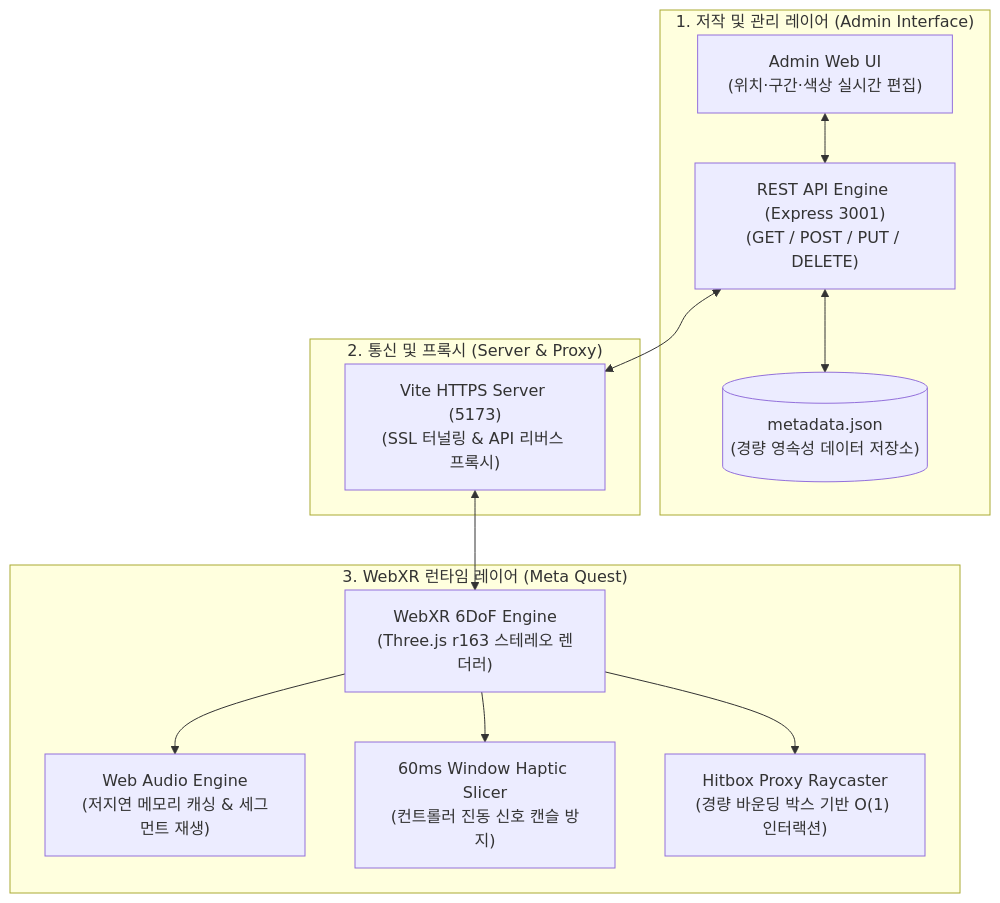
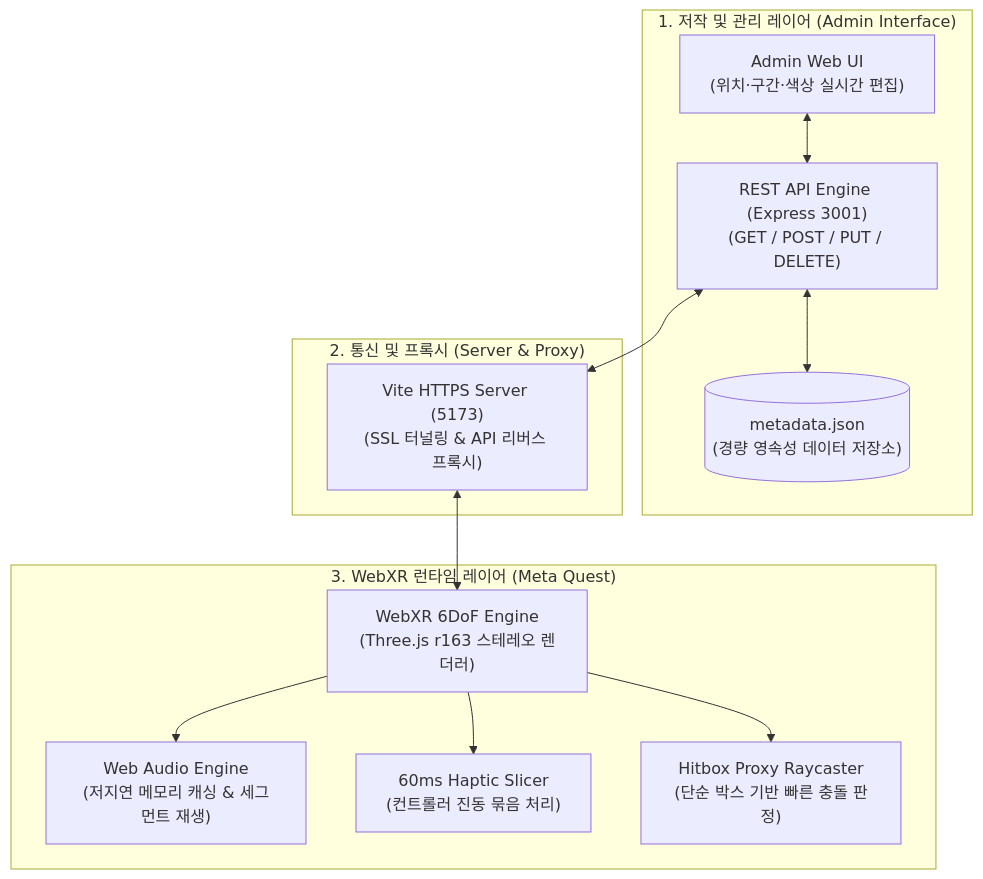
Before and after one commit to kimhohyeon0324/XR_MetaData: the diagram in README.md, drawn with Mermaid. The commit also changed other lines of this file, not shown here.

````diff
--- a/README.md
+++ b/README.md
@@ -48,27 +48,27 @@
 ```mermaid
 flowchart TB
     subgraph AdminLayer["1. 저작 및 관리 레이어 (Admin Interface)"]
         UI["Admin Web UI\n(위치·구간·색상 실시간 편집)"]
         REST["REST API Engine (Express 3001)\n(GET / POST / PUT / DELETE)"]
         DB[("metadata.json\n(경량 영속성 데이터 저장소)")]
     end
 
     subgraph ServerBridge["2. 통신 및 프록시 (Server & Proxy)"]
         ViteDev["Vite HTTPS Server (5173)\n(SSL 터널링 & API 리버스 프록시)"]
     end
 
     subgraph RuntimeLayer["3. WebXR 런타임 레이어 (Meta Quest)"]
         XR["WebXR 6DoF Engine\n(Three.js r163 스테레오 렌더러)"]
         Audio["Web Audio Engine\n(저지연 메모리 캐싱 & 세그먼트 재생)"]
-        Haptic["60ms Window Haptic Slicer\n(컨트롤러 진동 신호 캔슬 방지)"]
-        Hitbox["Hitbox Proxy Raycaster\n(경량 바운딩 박스 기반 O(1) 인터랙션)"]
+        Haptic["60ms Haptic Slicer\n(컨트롤러 진동 묶음 처리)"]
+        Hitbox["Hitbox Proxy Raycaster\n(단순 박스 기반 빠른 충돌 판정)"]
     end
 
     UI <--> REST
     REST <--> DB
     REST <--> ViteDev
     ViteDev <--> XR
     XR --> Audio
     XR --> Haptic
     XR --> Hitbox
 ```
````
